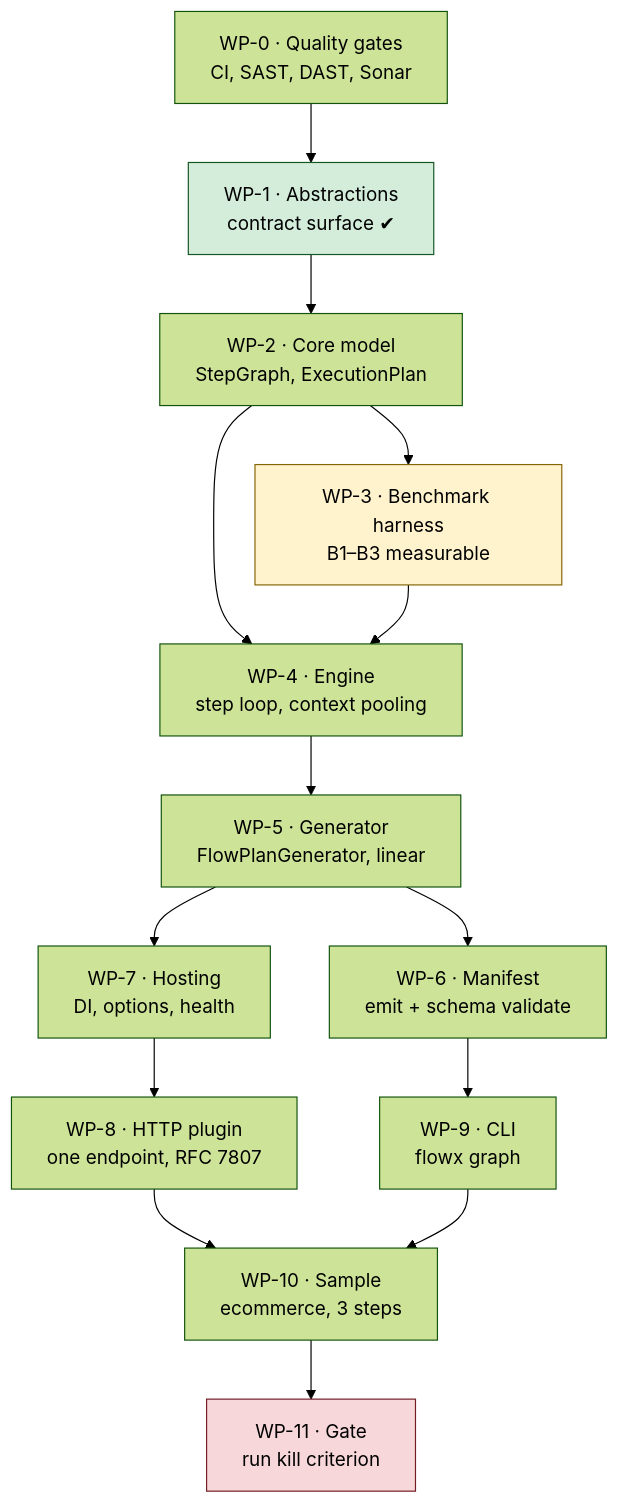
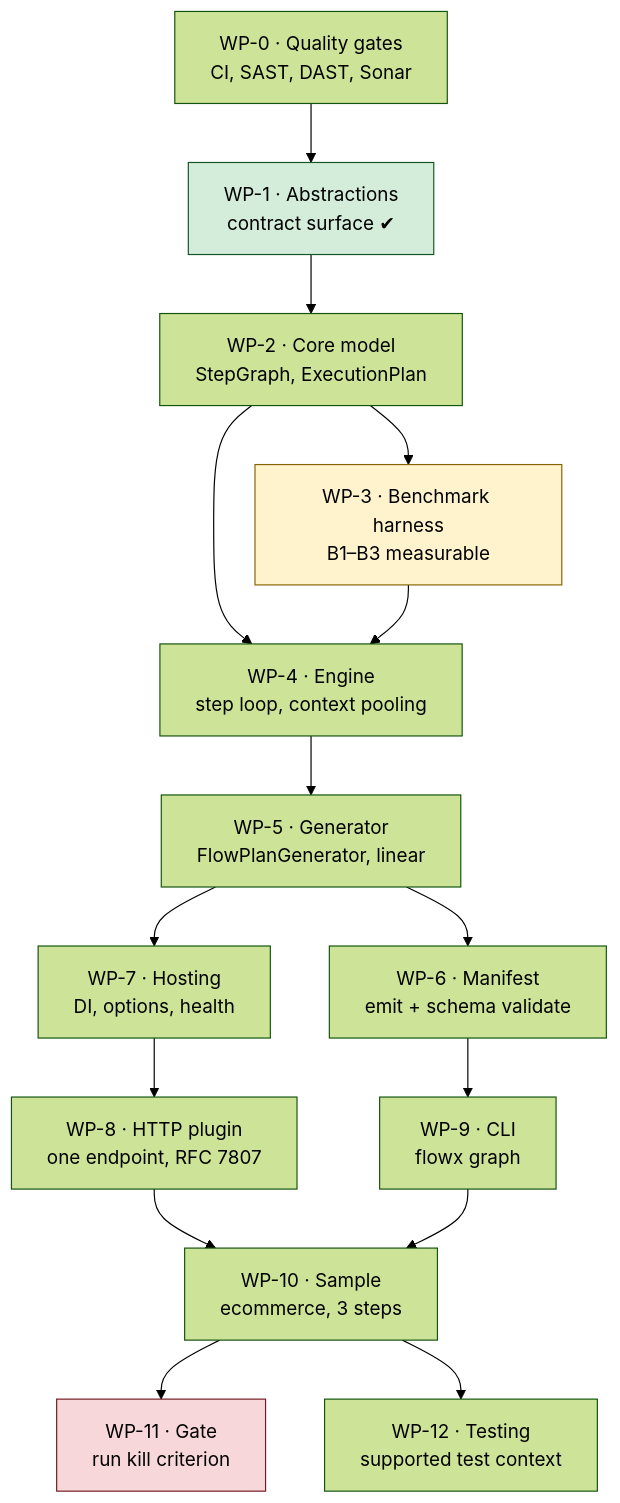
Before and after one commit to KhaiTrang1995/NexusFlow: the diagram in PLAN.md, drawn with Mermaid (forest theme). The commit also changed other lines of this file and 46 other files, not shown here.

````diff
--- a/PLAN.md
+++ b/PLAN.md
@@ -35,27 +35,29 @@
 ```mermaid
 flowchart TD
     WP0["WP-0 · Quality gates<br/>CI, SAST, DAST, Sonar"]
     WP1["WP-1 · Abstractions<br/>contract surface ✔"]
     WP2["WP-2 · Core model<br/>StepGraph, ExecutionPlan"]
     WP3["WP-3 · Benchmark harness<br/>B1–B3 measurable"]
     WP4["WP-4 · Engine<br/>step loop, context pooling"]
     WP5["WP-5 · Generator<br/>FlowPlanGenerator, linear"]
     WP6["WP-6 · Manifest<br/>emit + schema validate"]
     WP7["WP-7 · Hosting<br/>DI, options, health"]
     WP8["WP-8 · HTTP plugin<br/>one endpoint, RFC 7807"]
     WP9["WP-9 · CLI<br/>flowx graph"]
     WP10["WP-10 · Sample<br/>ecommerce, 3 steps"]
     WP11["WP-11 · Gate<br/>run kill criterion"]
+    WP12["WP-12 · Testing<br/>supported test context"]
 
     WP0 --> WP1 --> WP2 --> WP3
     WP2 --> WP4
     WP3 --> WP4
     WP4 --> WP5 --> WP6
     WP5 --> WP7 --> WP8 --> WP10
     WP6 --> WP9 --> WP10
     WP10 --> WP11
+    WP10 --> WP12
 
     style WP3 fill:#fff3cd,stroke:#856404
     style WP11 fill:#f8d7da,stroke:#721c24
     style WP1 fill:#d4edda,stroke:#155724
 ```
````
